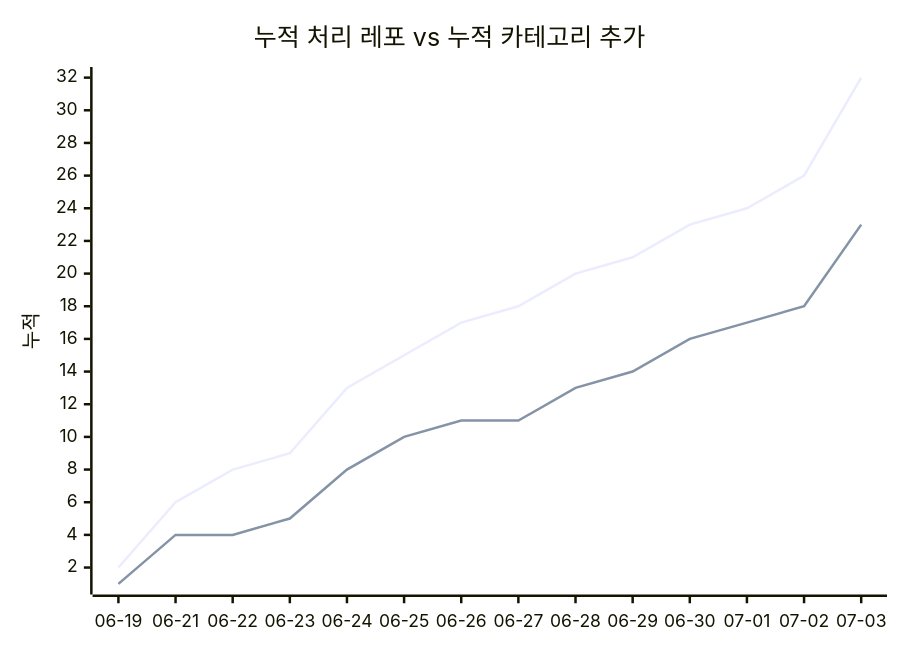
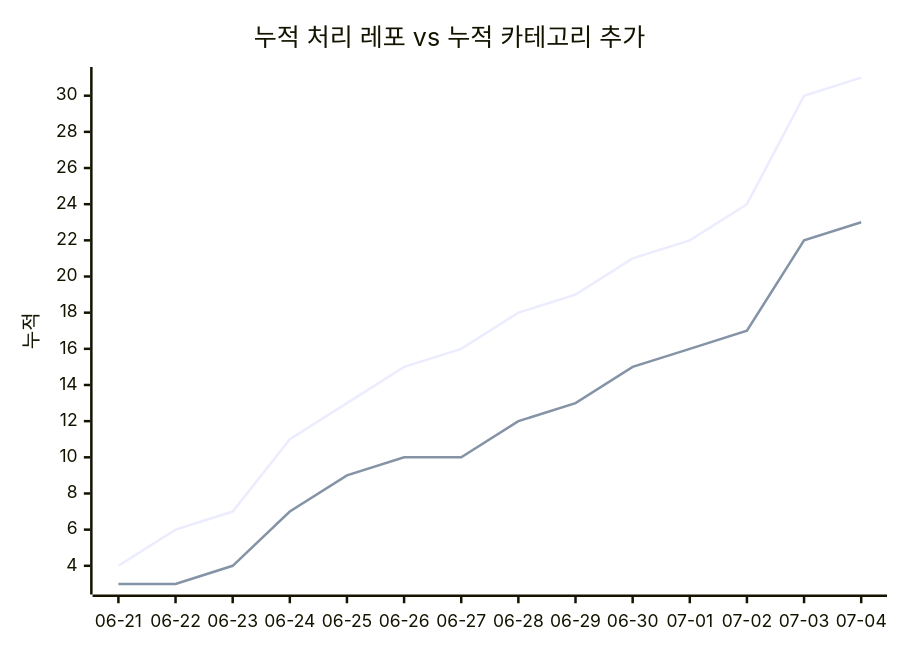
Before and after one commit to J-nowcow/awesome-korean-agent-skills: the second of 2 diagrams in docs/trends.md, drawn with Mermaid. The commit also changed other lines of this file and 3 other files, not shown here.

````diff
--- a/docs/trends.md
+++ b/docs/trends.md
@@ -68,8 +68,8 @@
 ```mermaid
 xychart-beta
     title "누적 처리 레포 vs 누적 카테고리 추가"
-    x-axis ["06-19","06-21","06-22","06-23","06-24","06-25","06-26","06-27","06-28","06-29","06-30","07-01","07-02","07-03"]
+    x-axis ["06-21","06-22","06-23","06-24","06-25","06-26","06-27","06-28","06-29","06-30","07-01","07-02","07-03","07-04"]
     y-axis "누적"
-    line [2,6,8,9,13,15,17,18,20,21,23,24,26,32]
-    line [1,4,4,5,8,10,11,11,13,14,16,17,18,23]
+    line [4,6,7,11,13,15,16,18,19,21,22,24,30,31]
+    line [3,3,4,7,9,10,10,12,13,15,16,17,22,23]
 ```
````
